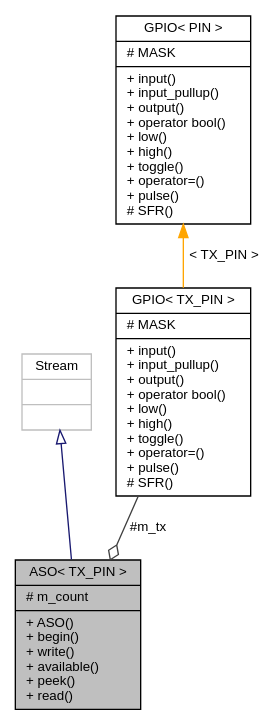
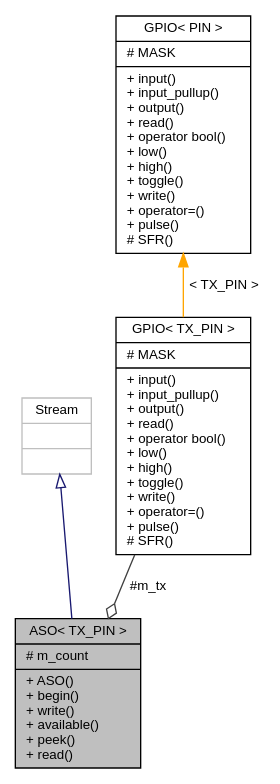
One commit to mikaelpatel/mikaelpatel.github.io changed the diagram in Arduino-GPIO/d3/d77/classASO__coll__graph.dot. Above: the diagram before and after it, drawn with Graphviz. The commit also changed 86 other files, not shown here.

```diff
--- a/Arduino-GPIO/d3/d77/classASO__coll__graph.dot
+++ b/Arduino-GPIO/d3/d77/classASO__coll__graph.dot
@@ -1,12 +1,12 @@
 digraph "ASO&lt; TX_PIN &gt;"
 {
   edge [fontname="Helvetica",fontsize="10",labelfontname="Helvetica",labelfontsize="10"];
   node [fontname="Helvetica",fontsize="10",shape=record];
   Node1 [label="{ASO\< TX_PIN \>\n|# m_count\l|+ ASO()\l+ begin()\l+ write()\l+ available()\l+ peek()\l+ read()\l}",height=0.2,width=0.4,color="black", fillcolor="grey75", style="filled", fontcolor="black"];
   Node2 -> Node1 [dir="back",color="midnightblue",fontsize="10",style="solid",arrowtail="onormal",fontname="Helvetica"];
   Node2 [label="{Stream\n||}",height=0.2,width=0.4,color="grey75", fillcolor="white", style="filled"];
   Node3 -> Node1 [color="grey25",fontsize="10",style="solid",label=" #m_tx" ,arrowhead="odiamond",fontname="Helvetica"];
-  Node3 [label="{GPIO\< TX_PIN \>\n|# MASK\l|+ input()\l+ input_pullup()\l+ output()\l+ operator bool()\l+ low()\l+ high()\l+ toggle()\l+ operator=()\l+ pulse()\l# SFR()\l}",height=0.2,width=0.4,color="black", fillcolor="white", style="filled",URL="$d7/dde/classGPIO.html"];
+  Node3 [label="{GPIO\< TX_PIN \>\n|# MASK\l|+ input()\l+ input_pullup()\l+ output()\l+ read()\l+ operator bool()\l+ low()\l+ high()\l+ toggle()\l+ write()\l+ operator=()\l+ pulse()\l# SFR()\l}",height=0.2,width=0.4,color="black", fillcolor="white", style="filled",URL="$d7/dde/classGPIO.html"];
   Node4 -> Node3 [dir="back",color="orange",fontsize="10",style="solid",label=" \< TX_PIN \>" ,fontname="Helvetica"];
-  Node4 [label="{GPIO\< PIN \>\n|# MASK\l|+ input()\l+ input_pullup()\l+ output()\l+ operator bool()\l+ low()\l+ high()\l+ toggle()\l+ operator=()\l+ pulse()\l# SFR()\l}",height=0.2,width=0.4,color="black", fillcolor="white", style="filled",URL="$d7/dde/classGPIO.html"];
+  Node4 [label="{GPIO\< PIN \>\n|# MASK\l|+ input()\l+ input_pullup()\l+ output()\l+ read()\l+ operator bool()\l+ low()\l+ high()\l+ toggle()\l+ write()\l+ operator=()\l+ pulse()\l# SFR()\l}",height=0.2,width=0.4,color="black", fillcolor="white", style="filled",URL="$d7/dde/classGPIO.html"];
 }
```
